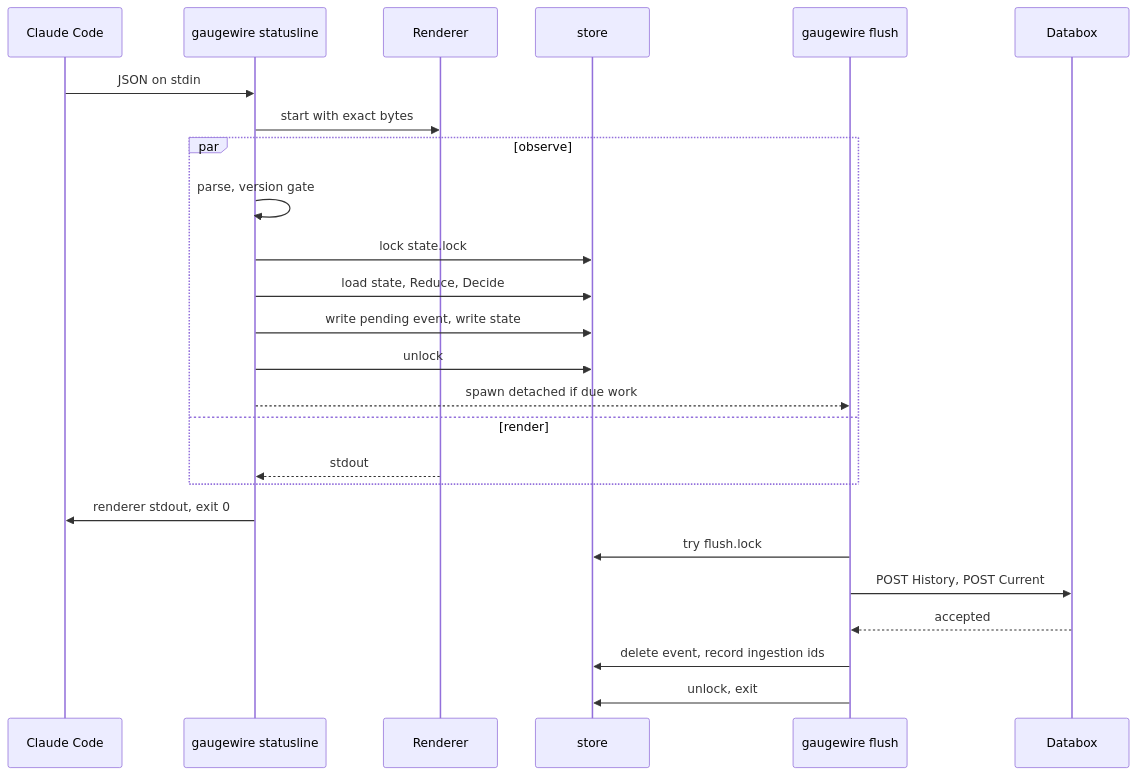
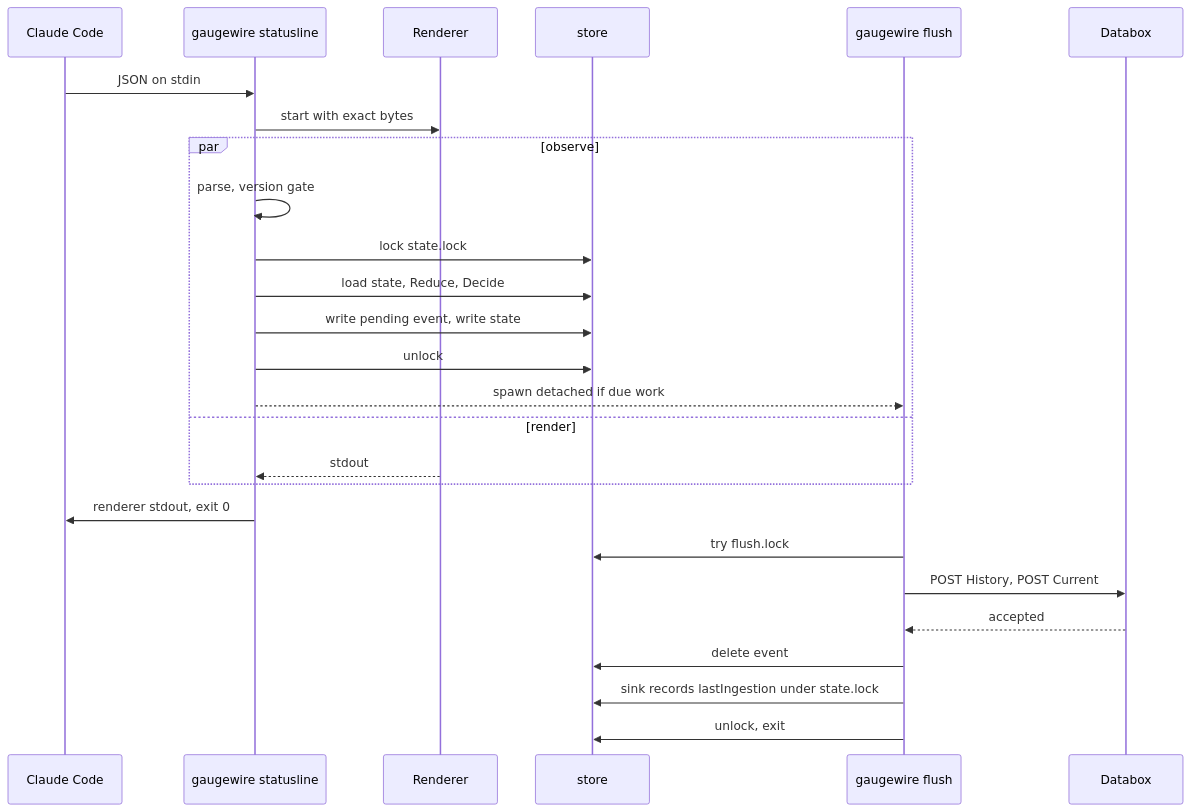
Before and after one commit to sulcer/gaugewire: the second of 2 diagrams in docs/spec/gaugewire/architecture.md, drawn with Mermaid. The commit also changed other lines of this file and 10 other files, not shown here.

````diff
--- a/docs/spec/gaugewire/architecture.md
+++ b/docs/spec/gaugewire/architecture.md
@@ -60,27 +60,28 @@
 ```mermaid
 sequenceDiagram
     participant CC as Claude Code
     participant GW as gaugewire statusline
     participant R as Renderer
     participant S as store
     participant F as gaugewire flush
     participant D as Databox
     CC->>GW: JSON on stdin
     GW->>R: start with exact bytes
     par observe
         GW->>GW: parse, version gate
         GW->>S: lock state.lock
         GW->>S: load state, Reduce, Decide
         GW->>S: write pending event, write state
         GW->>S: unlock
         GW-->>F: spawn detached if due work
     and render
         R-->>GW: stdout
     end
     GW->>CC: renderer stdout, exit 0
     F->>S: try flush.lock
     F->>D: POST History, POST Current
     D-->>F: accepted
-    F->>S: delete event, record ingestion ids
+    F->>S: delete event
+    F->>S: sink records lastIngestion under state.lock
     F->>S: unlock, exit
 ```
````
